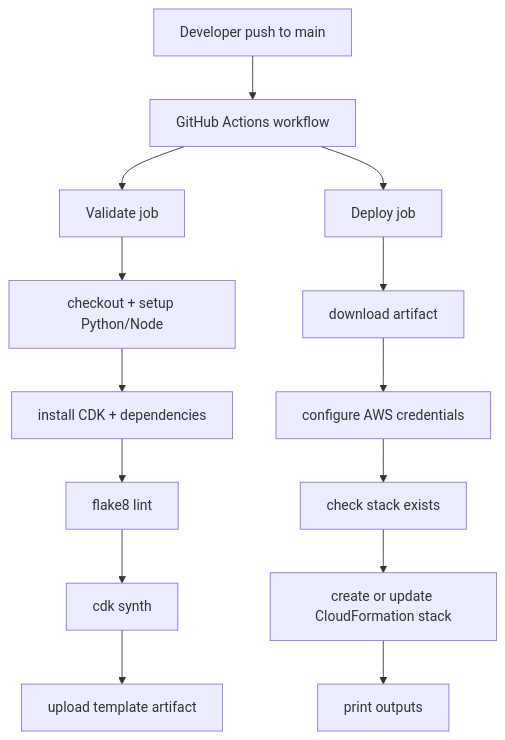
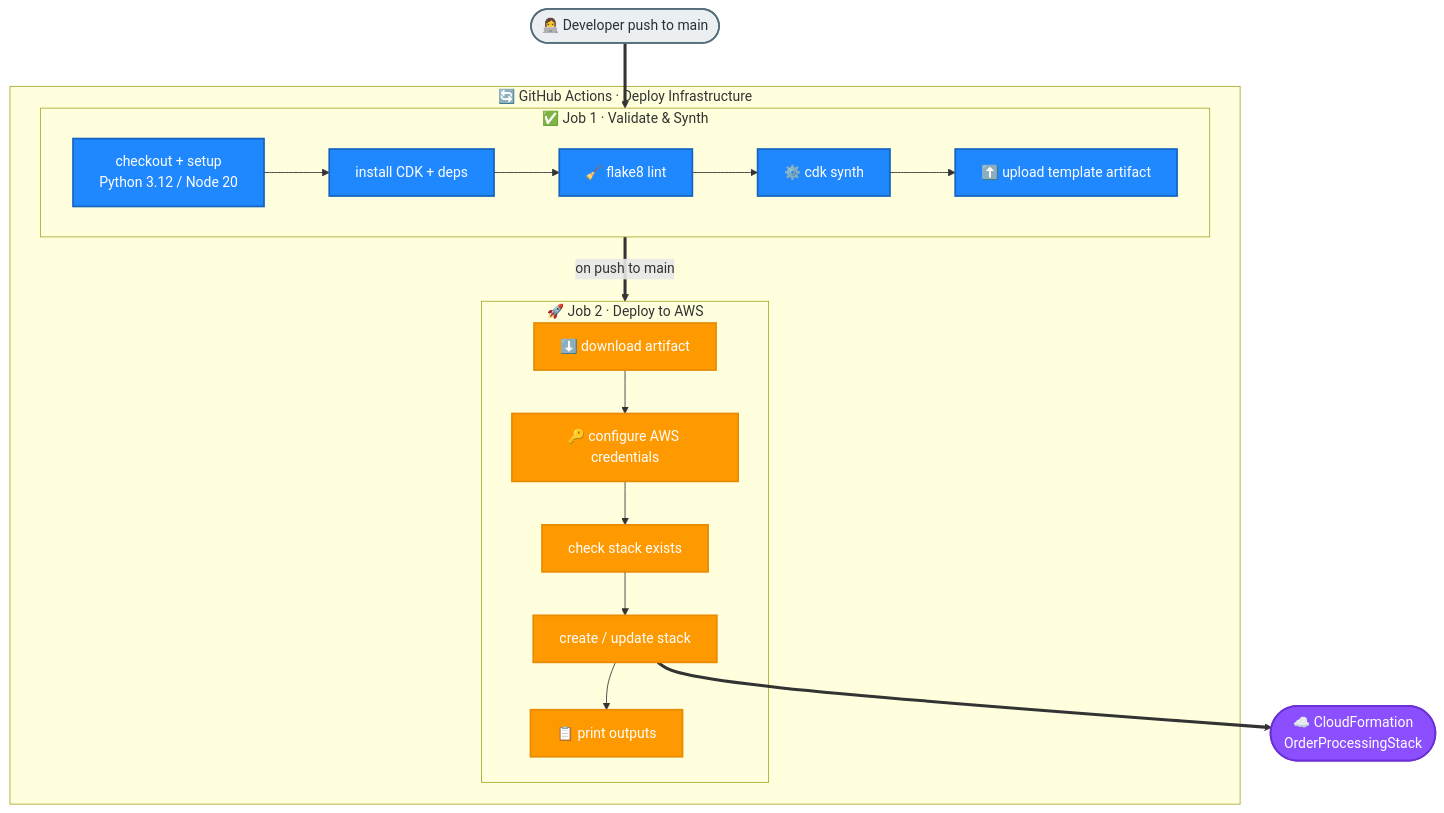
Before and after one commit to abhi-achar/aws-hands-on-training: the diagram in week2/task3-ci-cd/README.md, drawn with Mermaid. The commit also changed 9 other files, not shown here.

Commit message:
docs: enhance architecture diagrams with AWS color-coding and detail

````diff
--- a/week2/task3-ci-cd/README.md
+++ b/week2/task3-ci-cd/README.md
@@ -7,16 +7,31 @@
 ```mermaid
 flowchart TD
-    Push["Developer push to main"] --> WF["GitHub Actions workflow"]
-    WF --> Validate["Validate job"]
-    WF --> DeployJob["Deploy job"]
-    Validate --> V1["checkout + setup Python/Node"]
-    V1 --> V2["install CDK + dependencies"]
-    V2 --> V3["flake8 lint"]
-    V3 --> V4["cdk synth"]
-    V4 --> V5["upload template artifact"]
-    DeployJob --> D1["download artifact"]
-    D1 --> D2["configure AWS credentials"]
-    D2 --> D3["check stack exists"]
-    D3 --> D4["create or update CloudFormation stack"]
-    D4 --> D5["print outputs"]
+    Push(["👩‍💻 Developer push to main"]):::client
+    subgraph GHA["🔄 GitHub Actions · Deploy Infrastructure"]
+        subgraph Validate["✅ Job 1 · Validate & Synth"]
+            V1["checkout + setup<br/>Python 3.12 / Node 20"]:::ci
+            V2["install CDK + deps"]:::ci
+            V3["🧹 flake8 lint"]:::ci
+            V4["⚙️ cdk synth"]:::ci
+            V5["⬆️ upload template artifact"]:::ci
+        end
+        subgraph Deploy["🚀 Job 2 · Deploy to AWS"]
+            D1["⬇️ download artifact"]:::deploy
+            D2["🔑 configure AWS credentials"]:::deploy
+            D3["check stack exists"]:::deploy
+            D4["create / update stack"]:::deploy
+            D5["📋 print outputs"]:::deploy
+        end
+    end
+    AWS(["☁️ CloudFormation<br/>OrderProcessingStack"]):::iac
+    Push ==> Validate
+    V1 --> V2 --> V3 --> V4 --> V5
+    Validate ==>|"on push to main"| Deploy
+    D1 --> D2 --> D3 --> D4 --> D5
+    D4 ==> AWS
+
+    classDef client fill:#ECEFF1,stroke:#546E7A,stroke-width:2px,color:#263238
+    classDef ci fill:#2088FF,stroke:#1565C0,stroke-width:2px,color:#ffffff
+    classDef deploy fill:#FF9900,stroke:#E88B00,stroke-width:2px,color:#ffffff
+    classDef iac fill:#8C4FFF,stroke:#6B2FD6,stroke-width:2px,color:#ffffff
 ```
````
